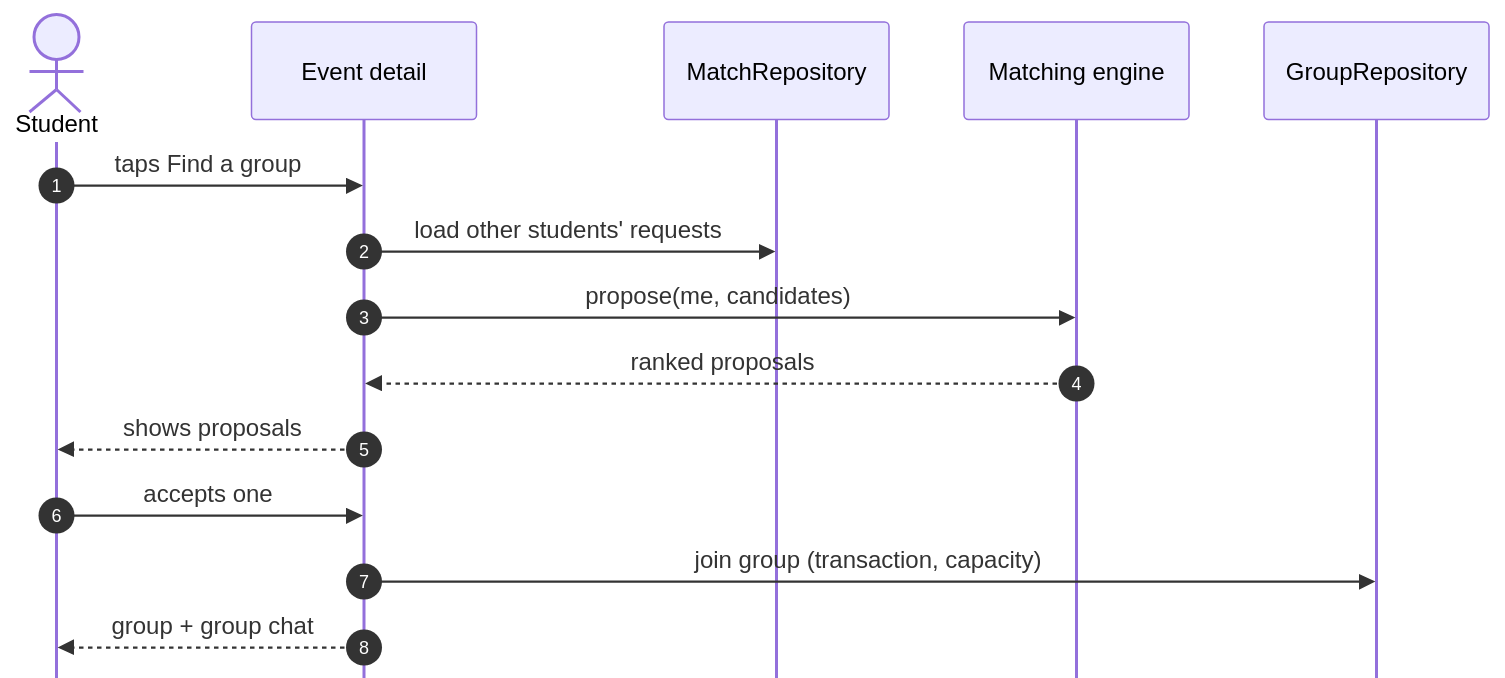
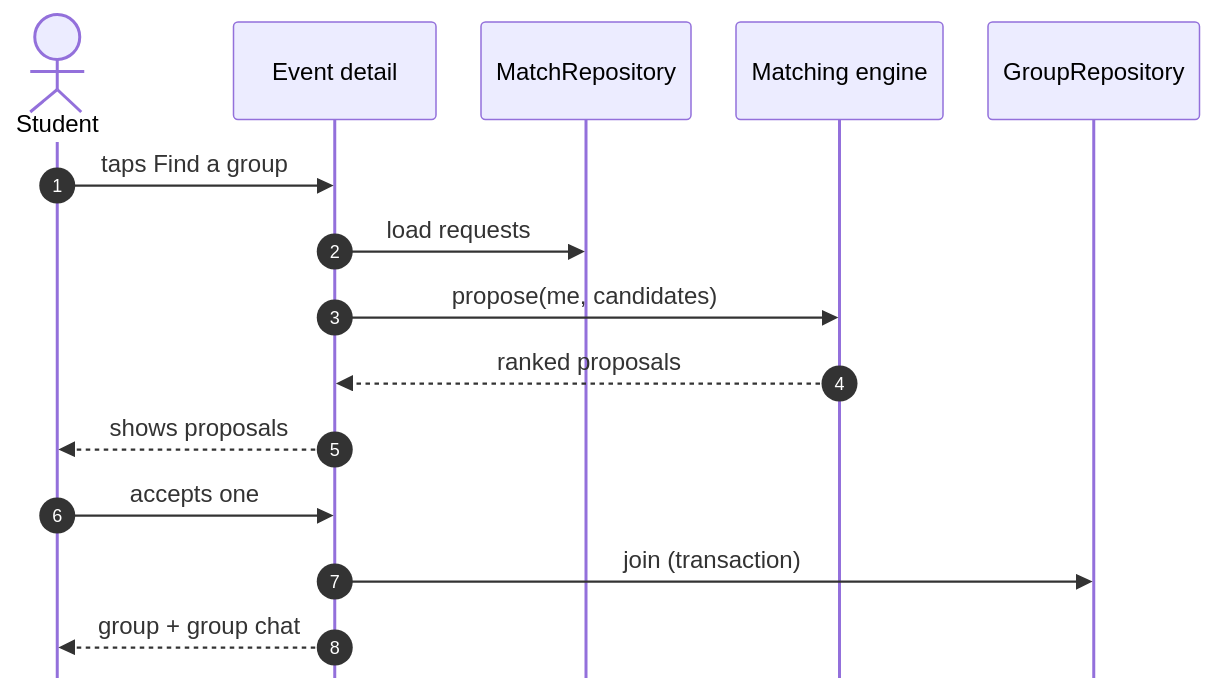
One commit to swent-polysocial/PolySocial changed the tenth of 11 diagrams in docs/Architecture-Diagram.md. Above: the diagram before and after it, drawn with Mermaid. The commit also changed other lines of this file and 2 other files, not shown here.

````diff
--- a/docs/Architecture-Diagram.md
+++ b/docs/Architecture-Diagram.md
@@ -459,18 +281,18 @@
 ```mermaid
-%%{init: {"sequence": {"mirrorActors": false, "actorFontSize": 15, "messageFontSize": 15, "noteFontSize": 14}}}%%
+%%{init: {"sequence": {"mirrorActors": false, "actorMargin": 30, "width": 135, "actorFontSize": 15, "messageFontSize": 15, "noteFontSize": 14}}}%%
 sequenceDiagram
   autonumber
   actor S as Student
   participant App as Event detail
   participant MR as MatchRepository
   participant ME as Matching engine
   participant GR as GroupRepository
   S->>App: taps Find a group
-  App->>MR: load other students' requests
+  App->>MR: load requests
   App->>ME: propose(me, candidates)
   ME-->>App: ranked proposals
   App-->>S: shows proposals
   S->>App: accepts one
-  App->>GR: join group (transaction, capacity)
+  App->>GR: join (transaction)
   App-->>S: group + group chat
 ```
````
